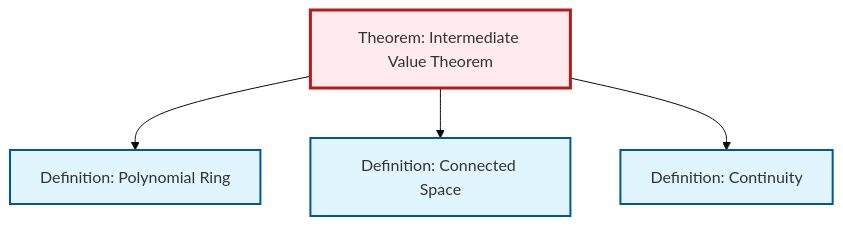
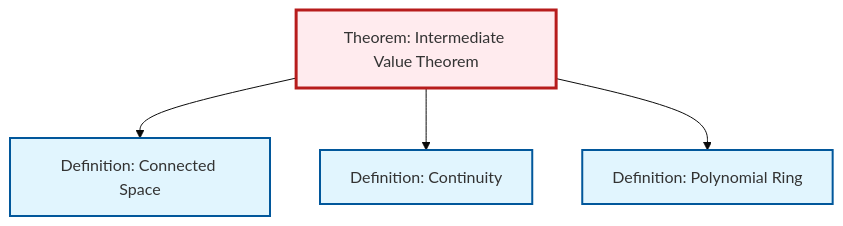
The diagram in content/ja/topology/thm-intermediate-value.qmd (RK0429/ModernMath), drawn with Mermaid (base theme) before and after one commit. The commit also changed other lines of this file and 634 other files, not shown here.

````diff
--- a/content/ja/topology/thm-intermediate-value.qmd
+++ b/content/ja/topology/thm-intermediate-value.qmd
@@ -52,20 +52,20 @@
 ```{mermaid}
 %%| fig-cap: "Local dependency graph"
 graph TD
     classDef definition fill:#e1f5fe,stroke:#01579b,stroke-width:2px
     classDef theorem fill:#f3e5f5,stroke:#4a148c,stroke-width:2px
     classDef axiom fill:#fff3e0,stroke:#e65100,stroke-width:2px
     classDef example fill:#e8f5e9,stroke:#1b5e20,stroke-width:2px
     classDef current fill:#ffebee,stroke:#b71c1c,stroke-width:3px
     thm-intermediate-value["Theorem: Intermediate Value Theorem"]:::theorem
     def-continuity["Definition: Continuity"]:::definition
+    def-polynomial-ring["Definition: Polynomial Ring"]:::definition
     def-connected["Definition: Connected Space"]:::definition
-    def-polynomial-ring["Definition: Polynomial Ring"]:::definition
-    thm-intermediate-value --> def-polynomial-ring
     thm-intermediate-value --> def-connected
     thm-intermediate-value --> def-continuity
+    thm-intermediate-value --> def-polynomial-ring
     class thm-intermediate-value current
     click def-continuity "def-continuity.html" "Definition: Continuityへ"
+    click def-polynomial-ring "def-polynomial-ring.html" "Definition: Polynomial Ringへ"
     click def-connected "def-connected.html" "Definition: Connected Spaceへ"
-    click def-polynomial-ring "def-polynomial-ring.html" "Definition: Polynomial Ringへ"
 ```
````
